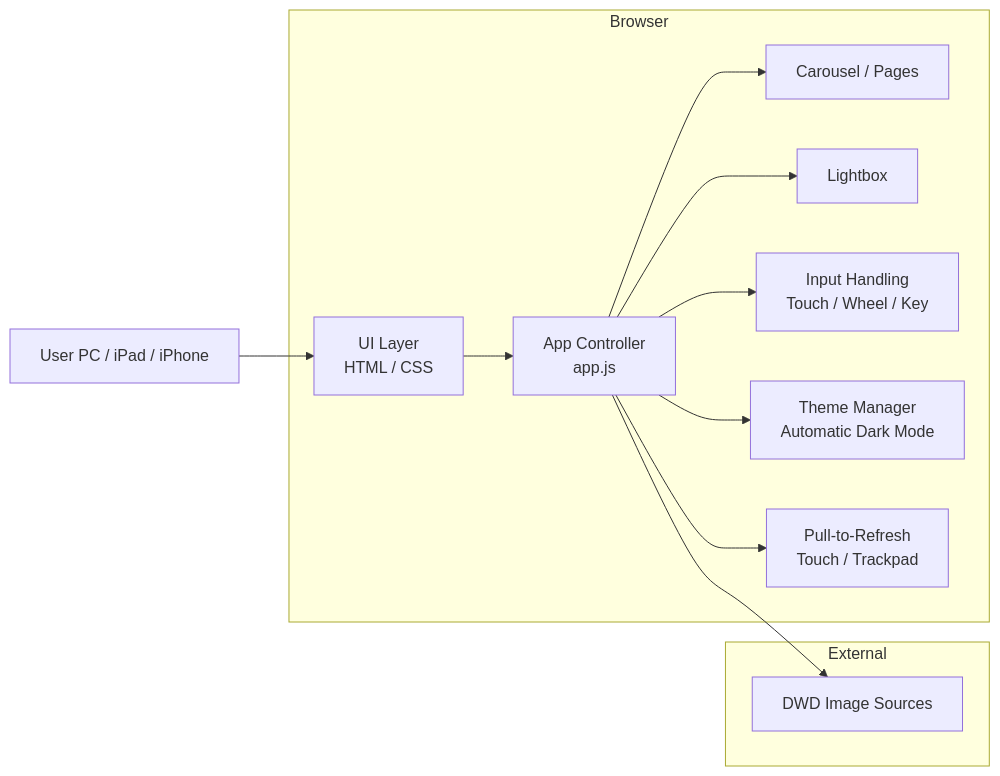
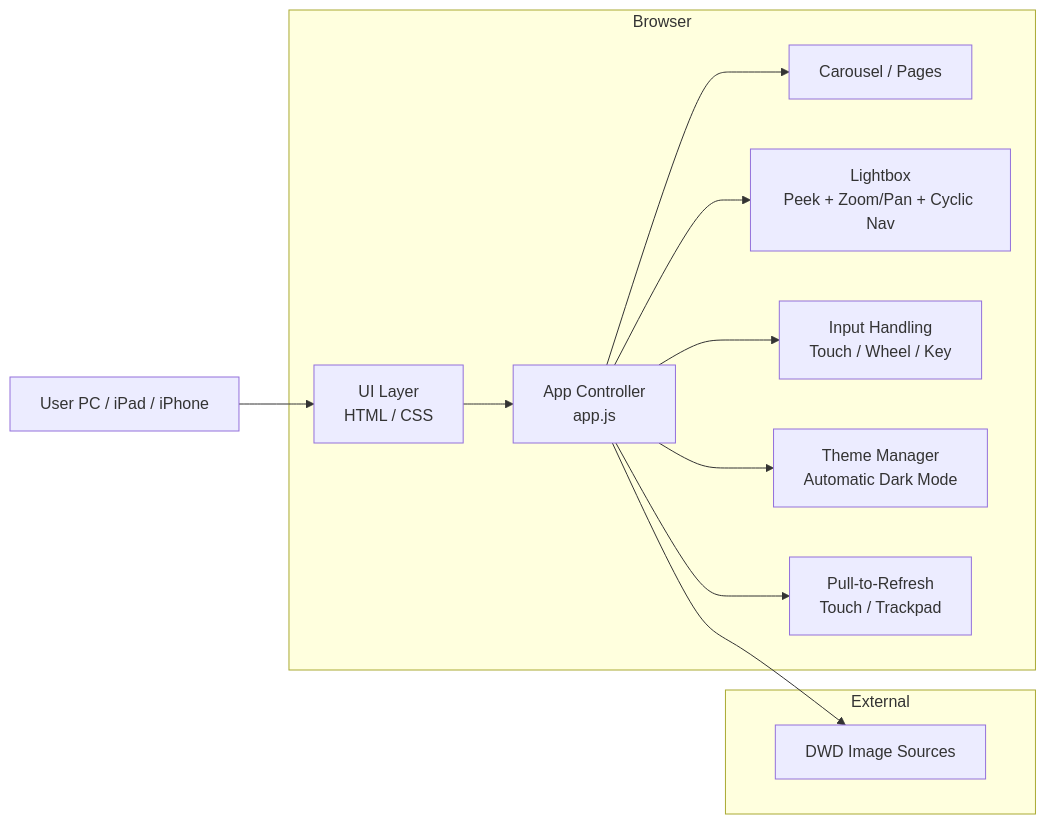
One commit to w465jt7pm9-cpu/dwd-dashboard changed the diagram in docs/Gesamtarchitektur.md. Above: the diagram before and after it, drawn with Mermaid. The commit also changed 2 other files, not shown here.

Commit message:
Update architecture and lightbox docs for US-009 behavior

````diff
--- a/docs/Gesamtarchitektur.md
+++ b/docs/Gesamtarchitektur.md
@@ -3,24 +3,24 @@
 ```mermaid
 flowchart LR
   User[User PC / iPad / iPhone]
   subgraph Browser
     UI[UI Layer<br/>HTML / CSS]
     App[App Controller<br/>app.js]
     Carousel[Carousel / Pages]
-    Lightbox[Lightbox]
+    Lightbox[Lightbox<br/>Peek + Zoom/Pan + Cyclic Nav]
     Gestures[Input Handling<br/>Touch / Wheel / Key]
     Theme[Theme Manager<br/>Automatic Dark Mode]
     Refresh[Pull-to-Refresh<br/>Touch / Trackpad]
   end
   subgraph External
     DWD[DWD Image Sources]
   end
   User --> UI
   UI --> App
   App --> Carousel
   App --> Lightbox
   App --> Gestures
   App --> Theme
   App --> Refresh
   App --> DWD
 ```
````
